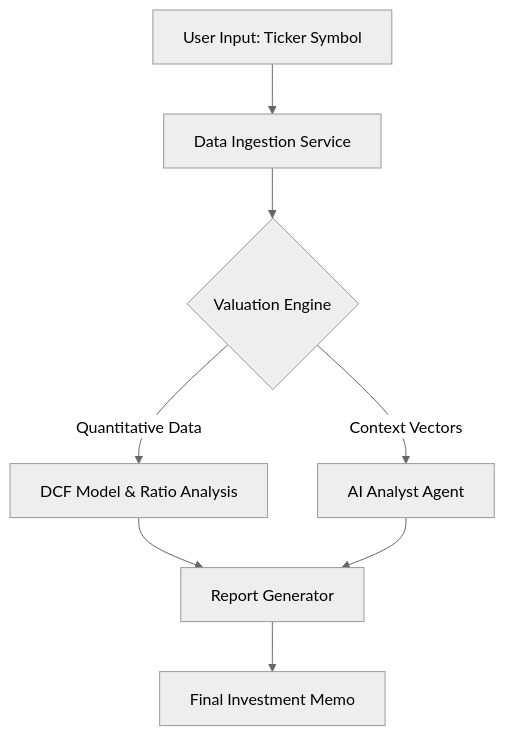
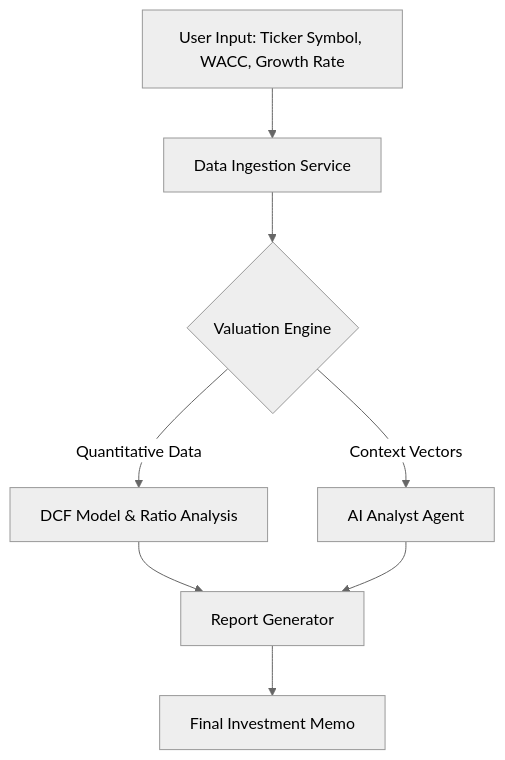
The diagram in README.md (Daneil98/Arhan-Analytics), drawn with Mermaid (neutral theme) before and after one commit.

Commit message:
Update user input parameters in README diagram

````diff
--- a/README.md
+++ b/README.md
@@ -37,10 +37,10 @@
 ```mermaid
 graph TD
-    A[User Input: Ticker Symbol] --> B[Data Ingestion Service]
+    A[User Input: Ticker Symbol, WACC, Growth Rate] --> B[Data Ingestion Service]
     B --> C{Valuation Engine}
     C -->|Quantitative Data| D[DCF Model & Ratio Analysis]
     C -->|Context Vectors| E[AI Analyst Agent]
     D --> F[Report Generator]
     E --> F
     F --> G[Final Investment Memo]
 ```
````
